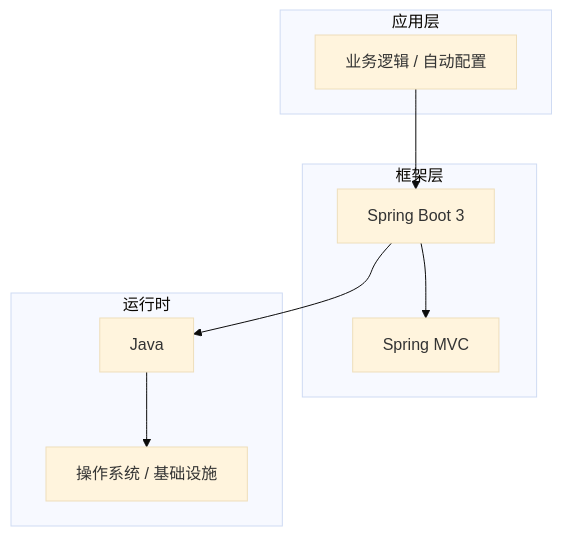
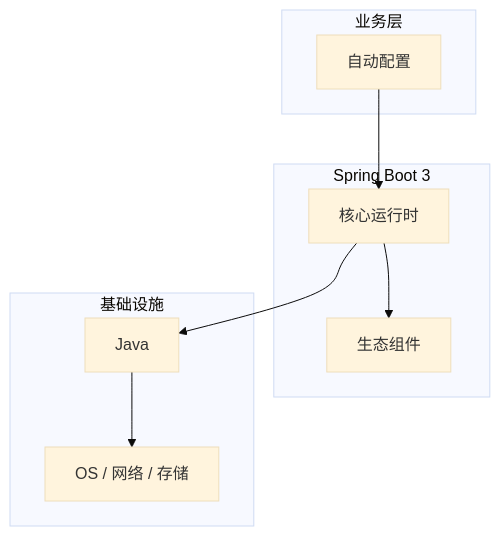
The diagram in articles/Spring Boot/chapters/009-自动配置核心概念与原理.md (yanggan2015/knowledge-json-v2), drawn with Mermaid (base theme) before and after one commit. The commit also changed other lines of this file and 10127 other files, not shown here.

````diff
--- a/articles/Spring Boot/chapters/009-自动配置核心概念与原理.md
+++ b/articles/Spring Boot/chapters/009-自动配置核心概念与原理.md
@@ -45,18 +30,18 @@
 ```mermaid
 graph TB
-    subgraph 应用层
-        A[业务逻辑 / 自动配置]
+    subgraph 业务层
+        A[自动配置]
     end
-    subgraph 框架层
-        B[Spring Boot 3]
-        C[Spring MVC]
+    subgraph Spring Boot 3
+        B[核心运行时]
+        C[生态组件]
     end
-    subgraph 运行时
+    subgraph 基础设施
         D[Java]
-        E[操作系统 / 基础设施]
+        E[OS / 网络 / 存储]
     end
     A --> B
     B --> C
     B --> D
     D --> E
 ```
````
